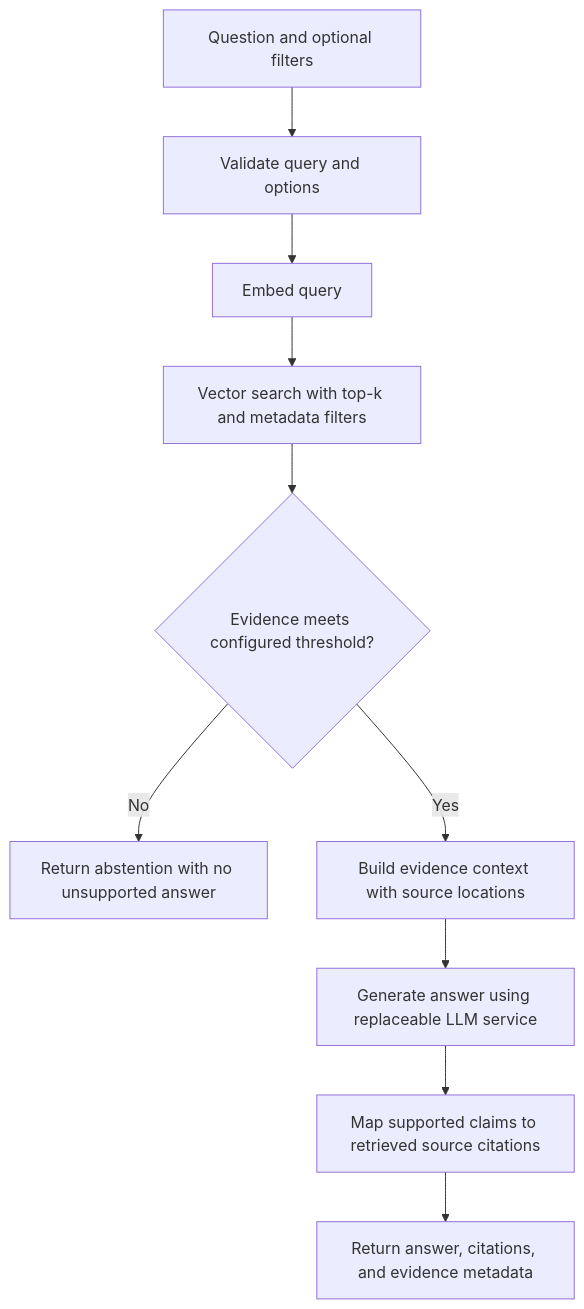
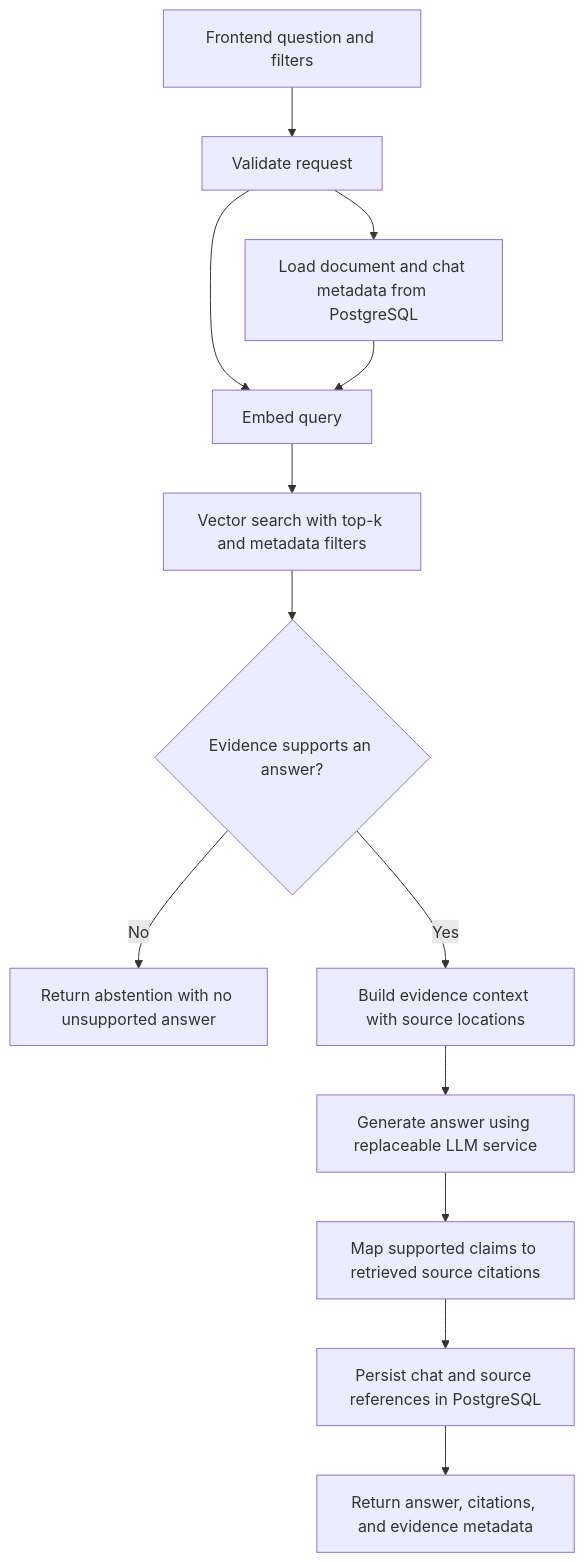
One commit to Vicky7632/cognify-ai changed the second of 2 diagrams in docs/DATA_FLOW.md. Above: the diagram before and after it, drawn with Mermaid. The commit also changed other lines of this file and 8 other files, not shown here.

````diff
--- a/docs/DATA_FLOW.md
+++ b/docs/DATA_FLOW.md
@@ -40,12 +47,15 @@
 ```mermaid
 flowchart TD
-    Query[Question and optional filters] --> ValidateQuery[Validate query and options]
+    Query[Frontend question and filters] --> ValidateQuery[Validate request]
+    ValidateQuery --> Metadata[Load document and chat metadata from PostgreSQL]
     ValidateQuery --> EmbedQuery[Embed query]
     EmbedQuery --> Search[Vector search with top-k and metadata filters]
-    Search --> Threshold{Evidence meets configured threshold?}
+    Search --> Threshold{Evidence supports an answer?}
     Threshold -->|No| Abstain[Return abstention with no unsupported answer]
     Threshold -->|Yes| Context[Build evidence context with source locations]
     Context --> Generate[Generate answer using replaceable LLM service]
     Generate --> Citations[Map supported claims to retrieved source citations]
-    Citations --> Response[Return answer, citations, and evidence metadata]
+    Citations --> Persist[Persist chat and source references in PostgreSQL]
+    Persist --> Response[Return answer, citations, and evidence metadata]
+    Metadata --> EmbedQuery
 ```
````
